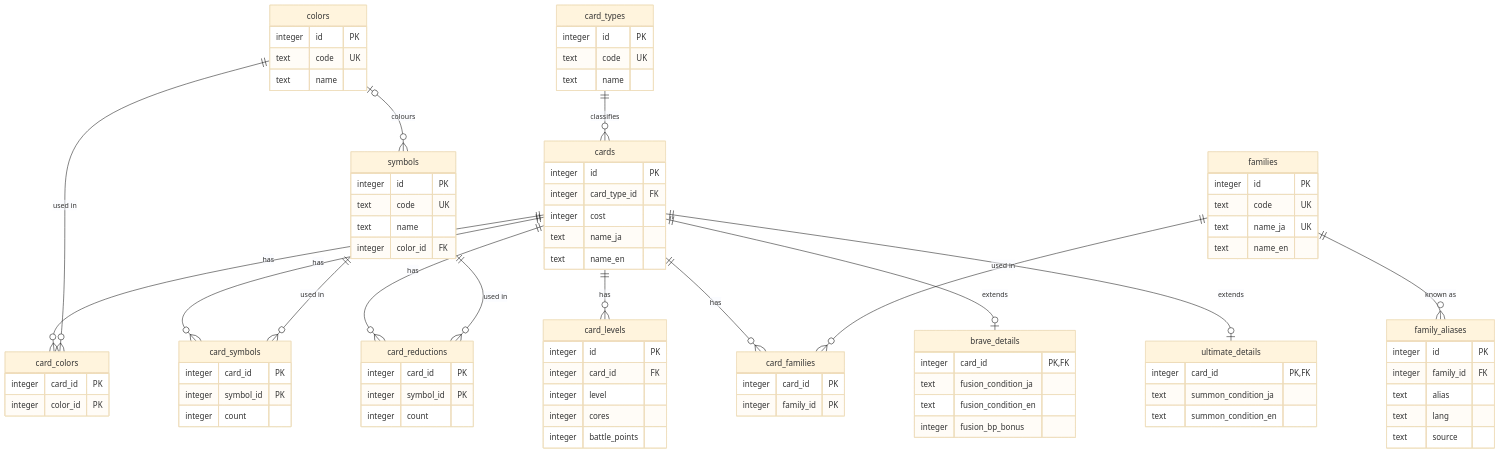
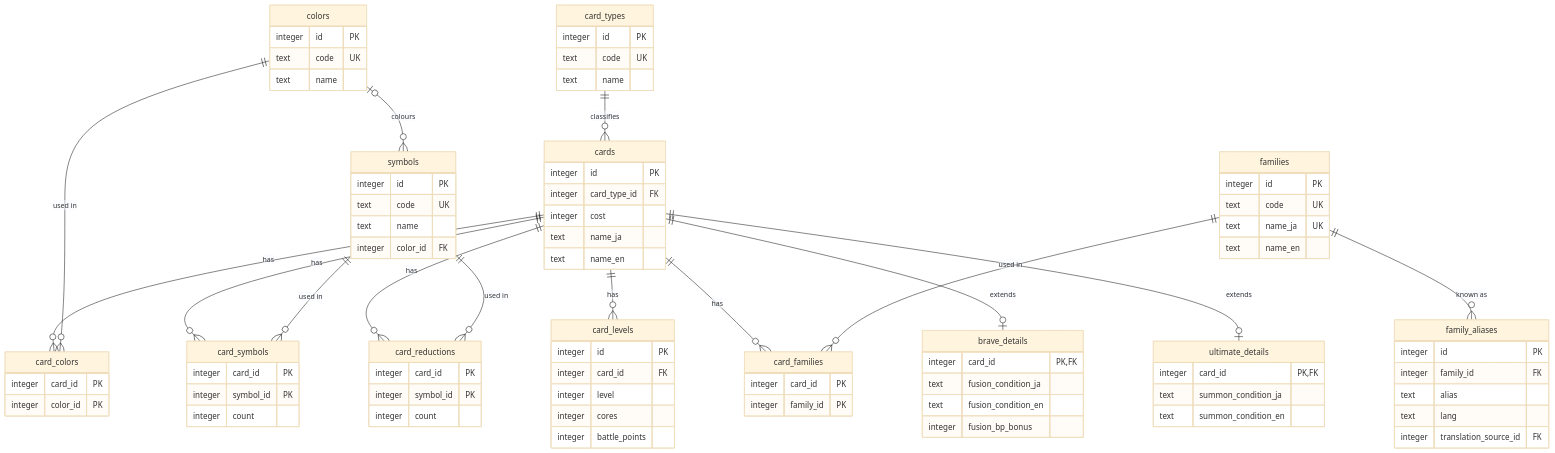
The second of 6 diagrams in docs/data-model/target-schema.md (AleFire99/BS_Database), drawn with Mermaid (base theme) before and after one commit. The commit also changed other lines of this file and 1 other file, not shown here.

First line of the commit message:
docs(data-model): address review on effects and text model

```diff
--- a/docs/data-model/target-schema.md
+++ b/docs/data-model/target-schema.md
@@ -222,7 +222,7 @@
         integer family_id FK
         text alias
         text lang
-        text source
+        integer translation_source_id FK
     }
     card_families {
         integer card_id PK
```
